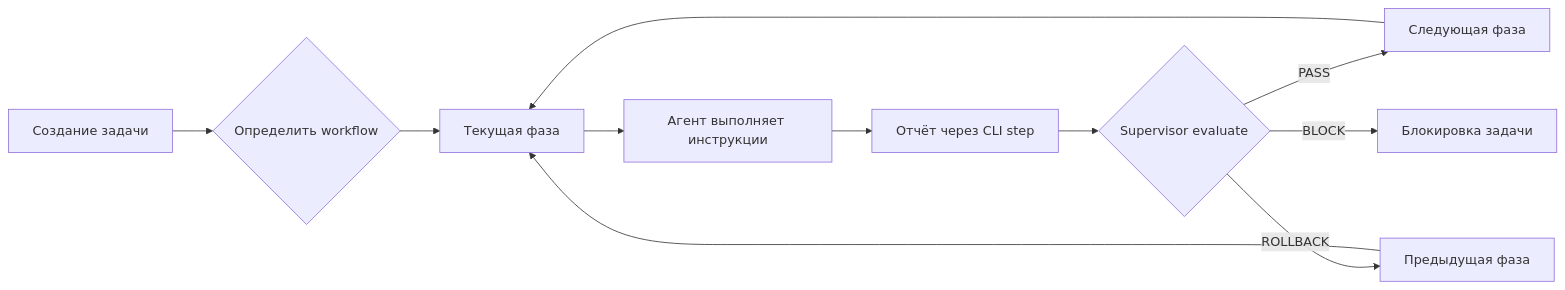
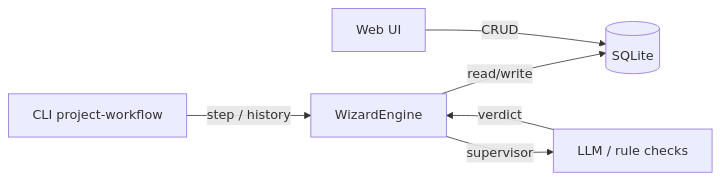
Before and after one commit to FerrPOINT/project-workflow: the diagram in README.md, drawn with Mermaid. The commit also changed other lines of this file, not shown here.

````diff
--- a/README.md
+++ b/README.md
@@ -207,13 +75,8 @@
 ```mermaid
 flowchart LR
-    A[Создание задачи] --> B{Определить workflow}
-    B --> C[Текущая фаза]
-    C --> D[Агент выполняет инструкции]
-    D --> E[Отчёт через CLI step]
-    E --> F{Supervisor evaluate}
-    F -->|PASS| G[Следующая фаза]
-    F -->|ROLLBACK| H[Предыдущая фаза]
-    F -->|BLOCK| I[Блокировка задачи]
-    G --> C
-    H --> C
+    A[CLI project-workflow] -- step / history --> B[WizardEngine]
+    B -- read/write --> C[(SQLite)]
+    D[Web UI] -- CRUD --> C
+    B -- supervisor --> E[LLM / rule checks]
+    E -- verdict --> B
 ```
````
